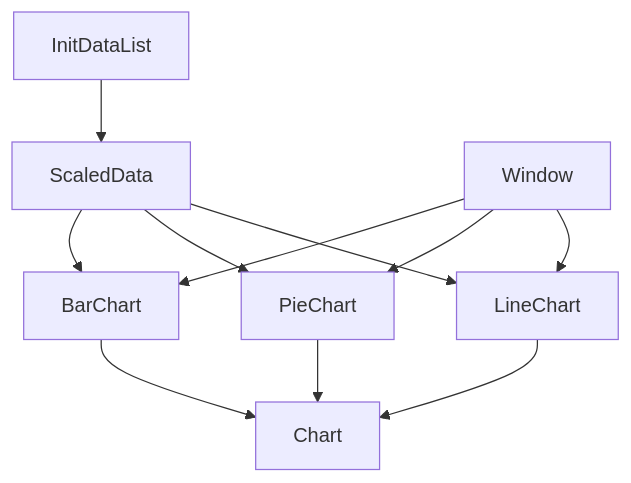
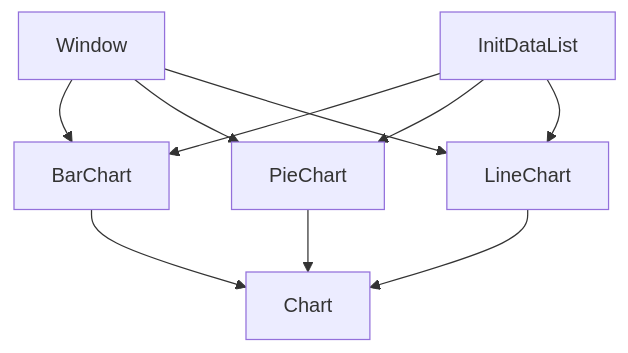
One commit to Grafit-Kil/graph changed the diagram in README.md. Above: the diagram before and after it, drawn with Mermaid. The commit also changed other lines of this file and 7 other files, not shown here.

Commit message:
BarChart Completed

````diff
--- a/README.md
+++ b/README.md
@@ -13,19 +13,19 @@
 ```mermaid
 graph TB;
     
-    InitDataList-->ScaledData
-    ScaledData-->BarChart;
+
+    InitDataList-->BarChart;
     Window-->BarChart;
     
     Window-->PieChart;
-    ScaledData-->PieChart;
+    InitDataList-->PieChart;
 
     Window-->LineChart;
-    ScaledData-->LineChart;
+    InitDataList-->LineChart;
 
     BarChart-->Chart;
     PieChart-->Chart;
     LineChart-->Chart;
     
        
 ```
````
